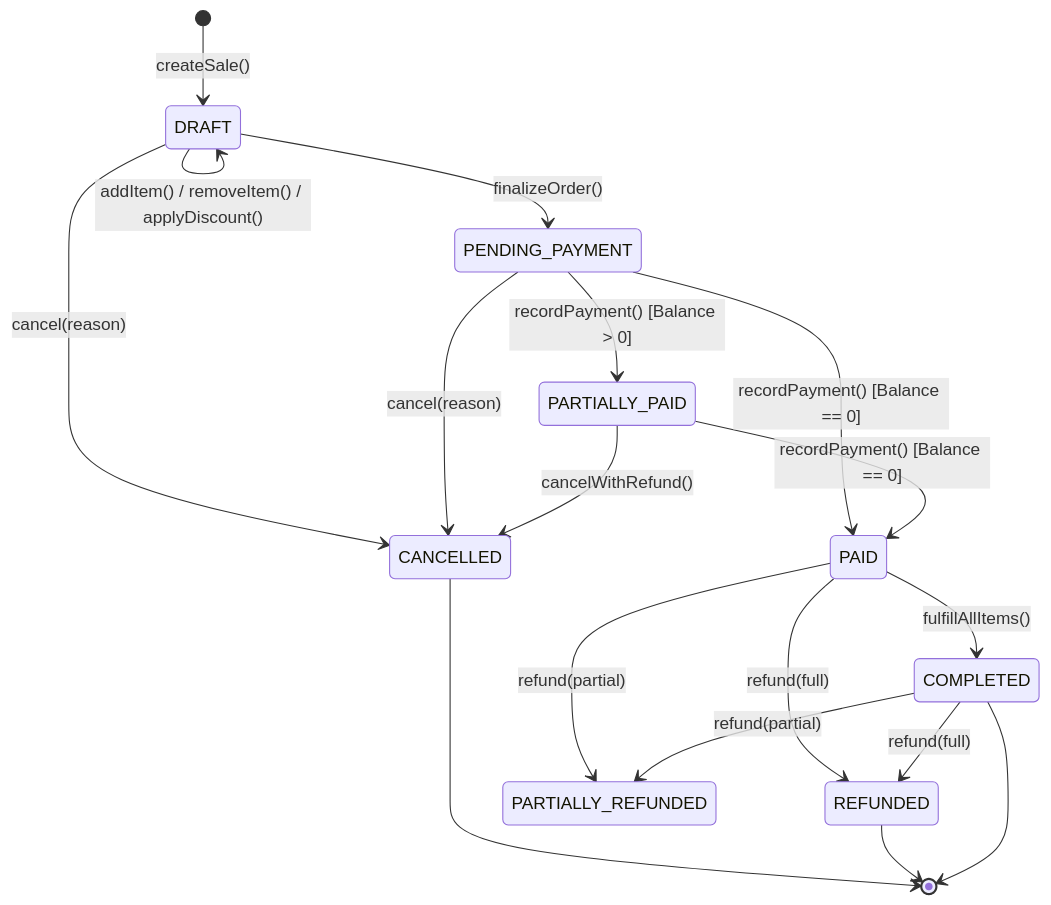
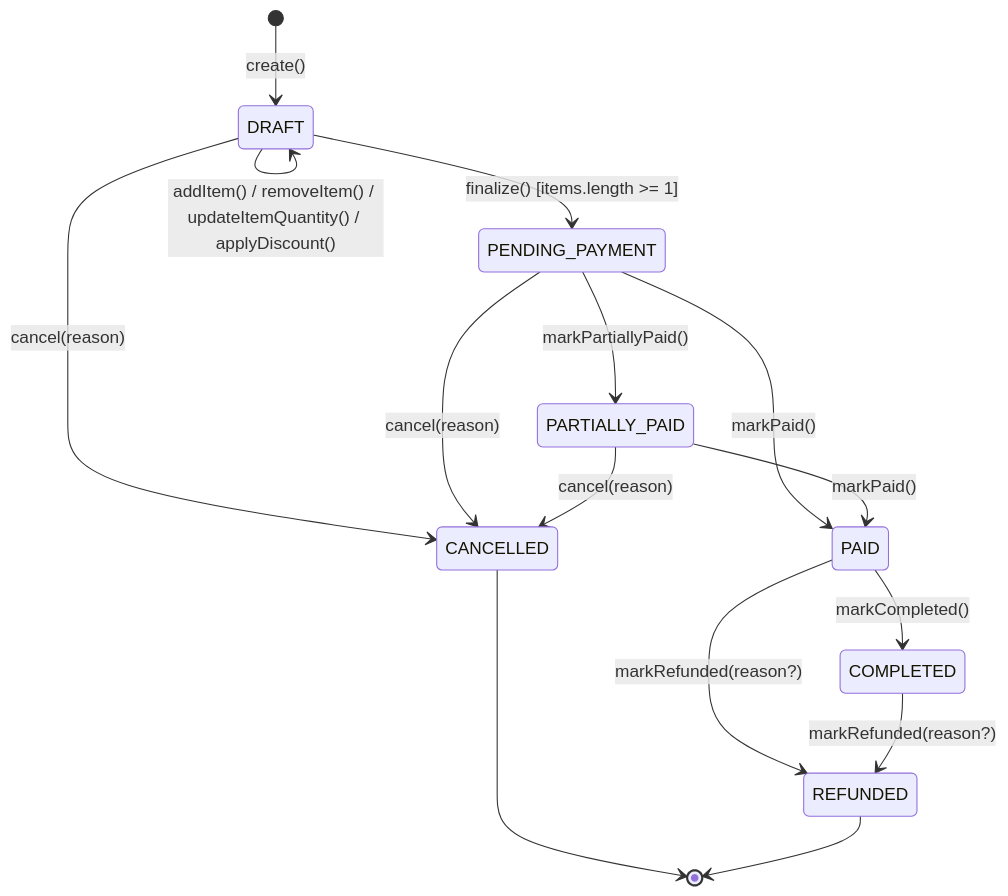
Before and after one commit to izzydin/kinergy-platform: the second of 5 diagrams in docs/domain/sales-payments.md, drawn with Mermaid. The commit also changed other lines of this file and 2 other files, not shown here.

Commit message:
docs(sales): sync domain, business rules, and architecture specs with phase 7.1 implementation

````diff
--- a/docs/domain/sales-payments.md
+++ b/docs/domain/sales-payments.md
@@ -419,26 +442,23 @@
 ```mermaid
 stateDiagram-v2
-    [*] --> DRAFT : createSale()
+    [*] --> DRAFT : create()
 
-    DRAFT --> DRAFT : addItem() / removeItem() / applyDiscount()
+    DRAFT --> DRAFT : addItem() / removeItem() / updateItemQuantity() / applyDiscount()
     DRAFT --> CANCELLED : cancel(reason)
-    DRAFT --> PENDING_PAYMENT : finalizeOrder()
+    DRAFT --> PENDING_PAYMENT : finalize() [items.length >= 1]
 
-    PENDING_PAYMENT --> PAID : recordPayment() [Balance == 0]
-    PENDING_PAYMENT --> PARTIALLY_PAID : recordPayment() [Balance > 0]
+    PENDING_PAYMENT --> PARTIALLY_PAID : markPartiallyPaid()
+    PENDING_PAYMENT --> PAID : markPaid()
     PENDING_PAYMENT --> CANCELLED : cancel(reason)
 
-    PARTIALLY_PAID --> PAID : recordPayment() [Balance == 0]
-    PARTIALLY_PAID --> CANCELLED : cancelWithRefund()
+    PARTIALLY_PAID --> PAID : markPaid()
+    PARTIALLY_PAID --> CANCELLED : cancel(reason)
 
-    PAID --> COMPLETED : fulfillAllItems()
-    PAID --> REFUNDED : refund(full)
-    PAID --> PARTIALLY_REFUNDED : refund(partial)
+    PAID --> COMPLETED : markCompleted()
+    PAID --> REFUNDED : markRefunded(reason?)
 
-    COMPLETED --> REFUNDED : refund(full)
-    COMPLETED --> PARTIALLY_REFUNDED : refund(partial)
+    COMPLETED --> REFUNDED : markRefunded(reason?)
 
     CANCELLED --> [*]
     REFUNDED --> [*]
-    COMPLETED --> [*]
 ```
````
